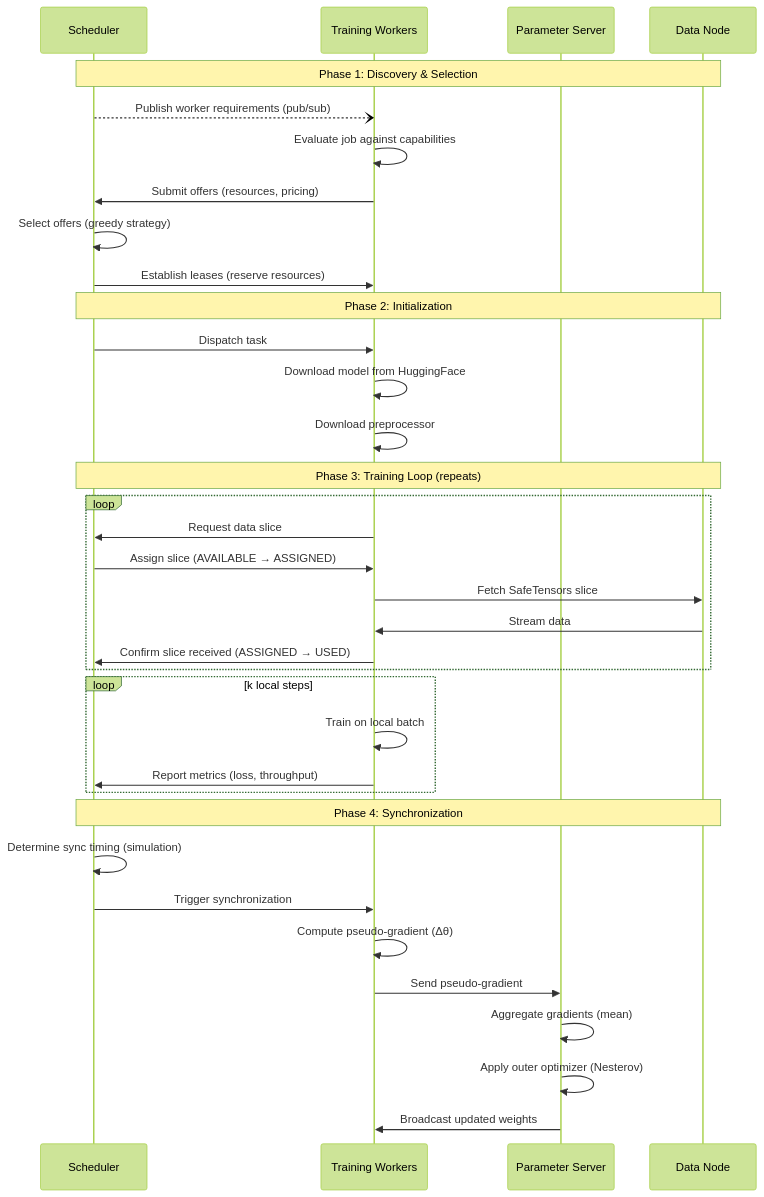
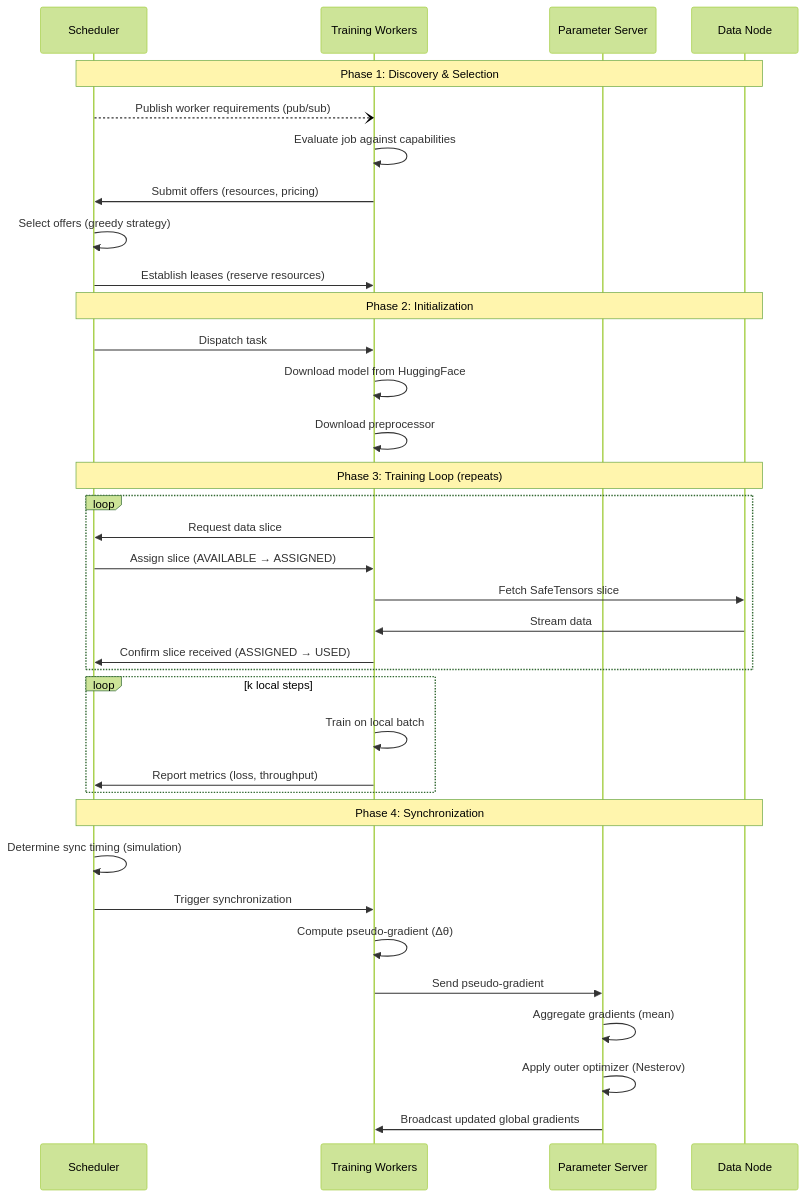
One commit to hypha-space/hypha changed the diagram in docs/content/training.md. Above: the diagram before and after it, drawn with Mermaid (forest theme). The commit also changed other lines of this file and 5 other files, not shown here.

````diff
--- a/docs/content/training.md
+++ b/docs/content/training.md
@@ -71,42 +71,42 @@
 ```mermaid
 sequenceDiagram
     participant S as Scheduler
     participant W as Training Workers
     participant PS as Parameter Server
     participant DN as Data Node
 
     Note over S,DN: Phase 1: Discovery & Selection
     S--)W: Publish worker requirements (pub/sub)
     W->>W: Evaluate job against capabilities
     W->>S: Submit offers (resources, pricing)
     S->>S: Select offers (greedy strategy)
     S->>W: Establish leases (reserve resources)
 
     Note over S,DN: Phase 2: Initialization
     S->>W: Dispatch task
     W->>W: Download model from HuggingFace
     W->>W: Download preprocessor
 
     Note over S,DN: Phase 3: Training Loop (repeats)
     loop
         W->>S: Request data slice
         S->>W: Assign slice (AVAILABLE → ASSIGNED)
         W->>DN: Fetch SafeTensors slice
         DN->>W: Stream data
         W->>S: Confirm slice received (ASSIGNED → USED)
     end
 
     loop k local steps
         W->>W: Train on local batch
         W->>S: Report metrics (loss, throughput)
     end
 
     Note over S,DN: Phase 4: Synchronization
     S->>S: Determine sync timing (simulation)
     S->>W: Trigger synchronization
     W->>W: Compute pseudo-gradient (Δθ)
     W->>PS: Send pseudo-gradient
     PS->>PS: Aggregate gradients (mean)
     PS->>PS: Apply outer optimizer (Nesterov)
-    PS->>W: Broadcast updated weights
+    PS->>W: Broadcast updated global gradients
 ```
````
